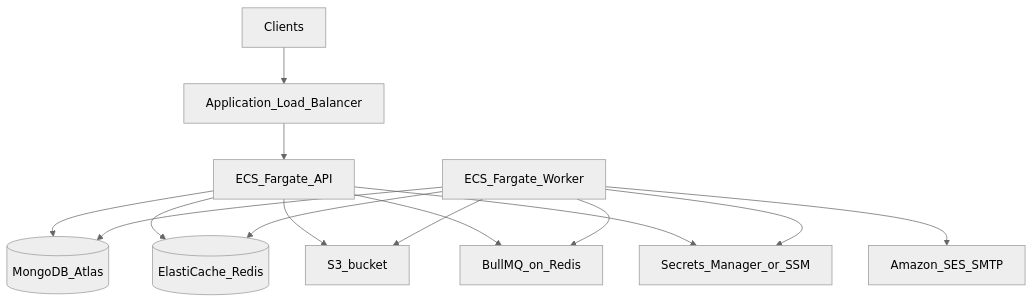
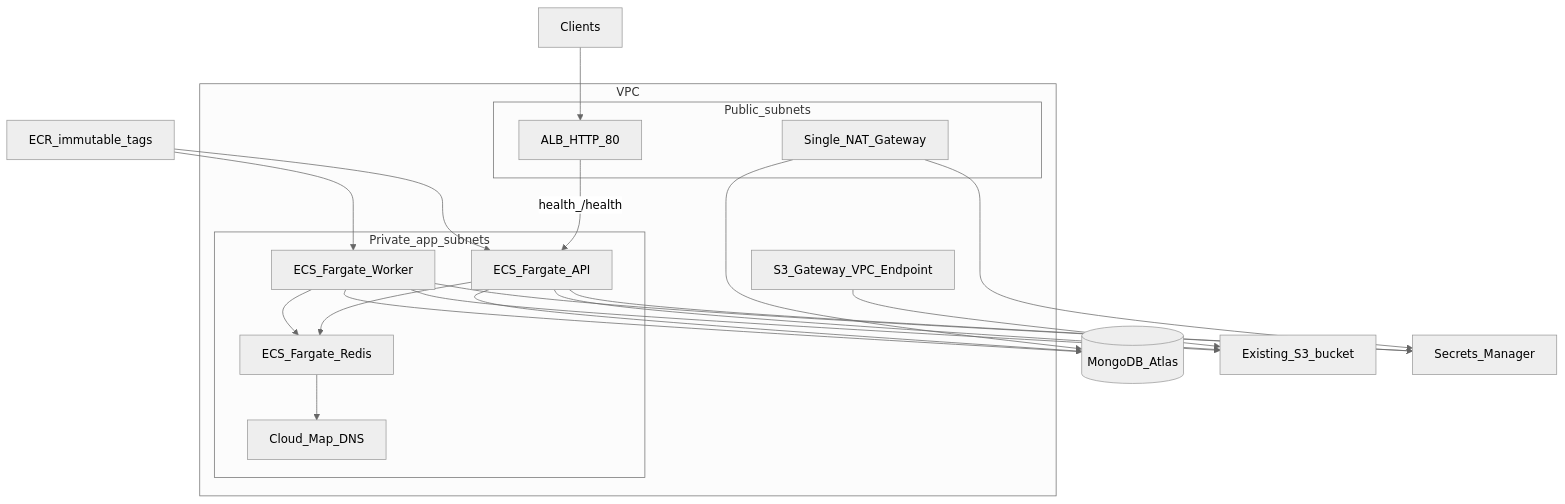
Before and after one commit to Shivanshsri15/VideoProcessing: the second of 10 diagrams in README.md, drawn with Mermaid (neutral theme). The commit also changed other lines of this file and 20 other files, not shown here.

````diff
--- a/README.md
+++ b/README.md
@@ -79,16 +82,32 @@
 ```mermaid
 flowchart TB
-  Users[Clients] --> ALB[Application_Load_Balancer]
-  ALB --> ApiSvc[ECS_Fargate_API]
-  ApiSvc --> Atlas[(MongoDB_Atlas)]
-  ApiSvc --> Redis[(ElastiCache_Redis)]
-  ApiSvc --> S3[S3_bucket]
-  ApiSvc --> Bull[BullMQ_on_Redis]
-  WorkerSvc[ECS_Fargate_Worker] --> Bull
-  WorkerSvc --> S3
-  WorkerSvc --> Atlas
-  WorkerSvc --> Redis
-  WorkerSvc --> SES[Amazon_SES_SMTP]
-  ApiSvc --> Secrets[Secrets_Manager_or_SSM]
-  WorkerSvc --> Secrets
+  Clients[Clients] --> ALB[ALB_HTTP_80]
+  ALB -->|health_/health| API[ECS_Fargate_API]
+  subgraph vpc [VPC]
+    subgraph public [Public_subnets]
+      ALB
+      NAT[Single_NAT_Gateway]
+    end
+    subgraph private [Private_app_subnets]
+      API
+      Worker[ECS_Fargate_Worker]
+      Redis[ECS_Fargate_Redis]
+      CM[Cloud_Map_DNS]
+    end
+    S3GW[S3_Gateway_VPC_Endpoint]
+  end
+  API --> Atlas[(MongoDB_Atlas)]
+  Worker --> Atlas
+  API --> Redis
+  Worker --> Redis
+  Redis --> CM
+  API --> S3[Existing_S3_bucket]
+  Worker --> S3
+  API --> SM[Secrets_Manager]
+  Worker --> SM
+  ECR[ECR_immutable_tags] --> API
+  ECR --> Worker
+  NAT --> Atlas
+  NAT --> SM
+  S3GW --> S3
 ```
````
